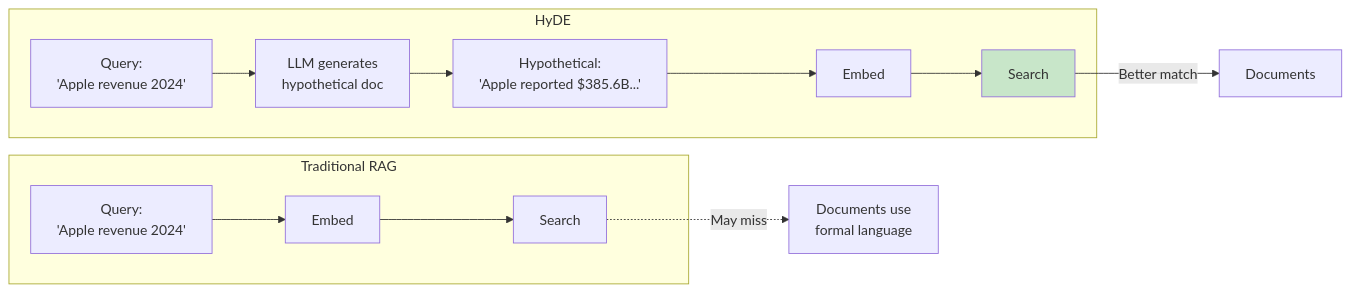
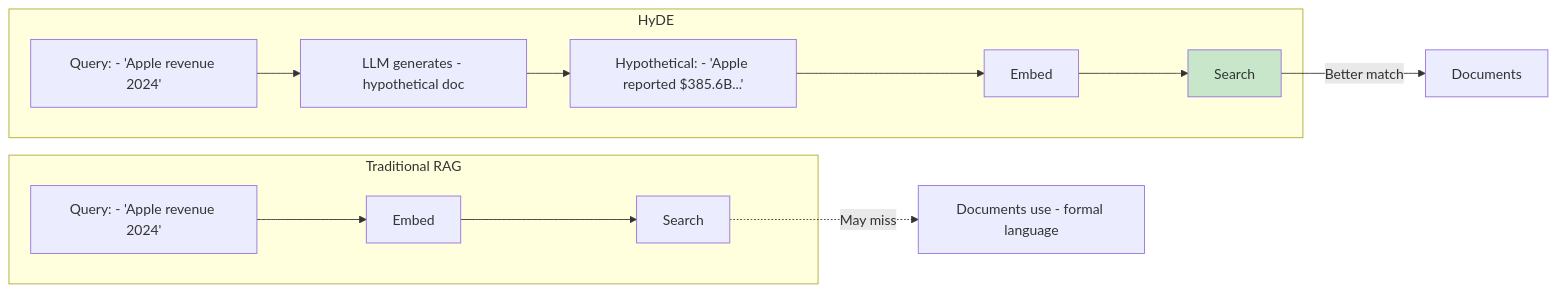
The first of 10 diagrams in docs/learning/08-advanced-rag.md (indhra/llm_rag_sec_findings), drawn with Mermaid before and after one commit. The commit also changed other lines of this file and 9 other files, not shown here.

````diff
--- a/docs/learning/08-advanced-rag.md
+++ b/docs/learning/08-advanced-rag.md
@@ -26,17 +26,17 @@
 ```mermaid
 graph LR
     subgraph "Traditional RAG"
-        Q1[Query:<br/>'Apple revenue 2024'] --> E1[Embed] --> S1[Search]
+        Q1[Query: - 'Apple revenue 2024'] --> E1[Embed] --> S1[Search]
     end
     
     subgraph "HyDE"
-        Q2[Query:<br/>'Apple revenue 2024'] --> L[LLM generates<br/>hypothetical doc]
-        L --> H[Hypothetical:<br/>'Apple reported $385.6B...']
+        Q2[Query: - 'Apple revenue 2024'] --> L[LLM generates - hypothetical doc]
+        L --> H[Hypothetical: - 'Apple reported $385.6B...']
         H --> E2[Embed] --> S2[Search]
     end
     
-    S1 -.->|May miss| R1[Documents use<br/>formal language]
+    S1 -.->|May miss| R1[Documents use - formal language]
     S2 --> |Better match| R2[Documents]
     
     style S2 fill:#c8e6c9
 ```
````
